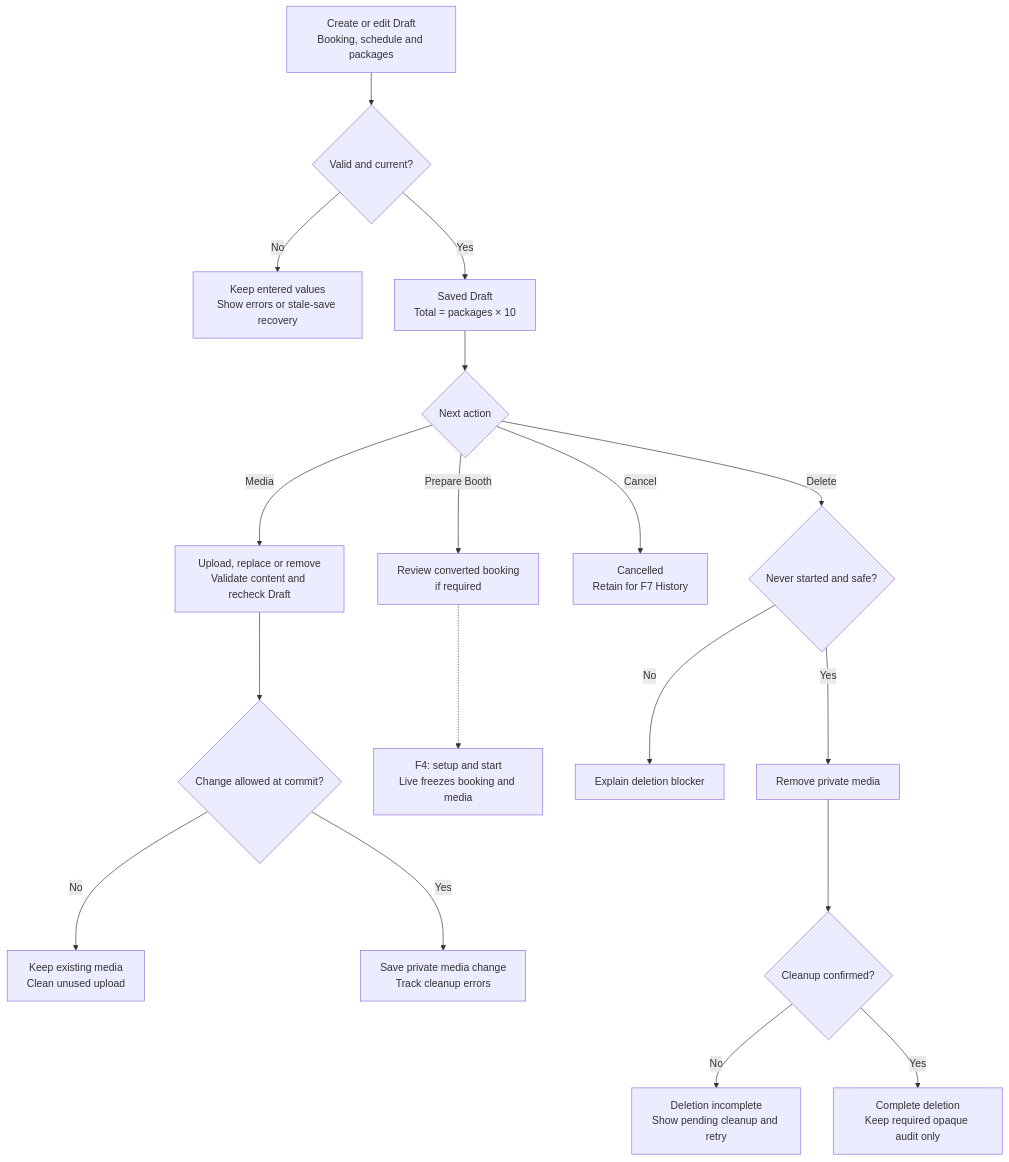
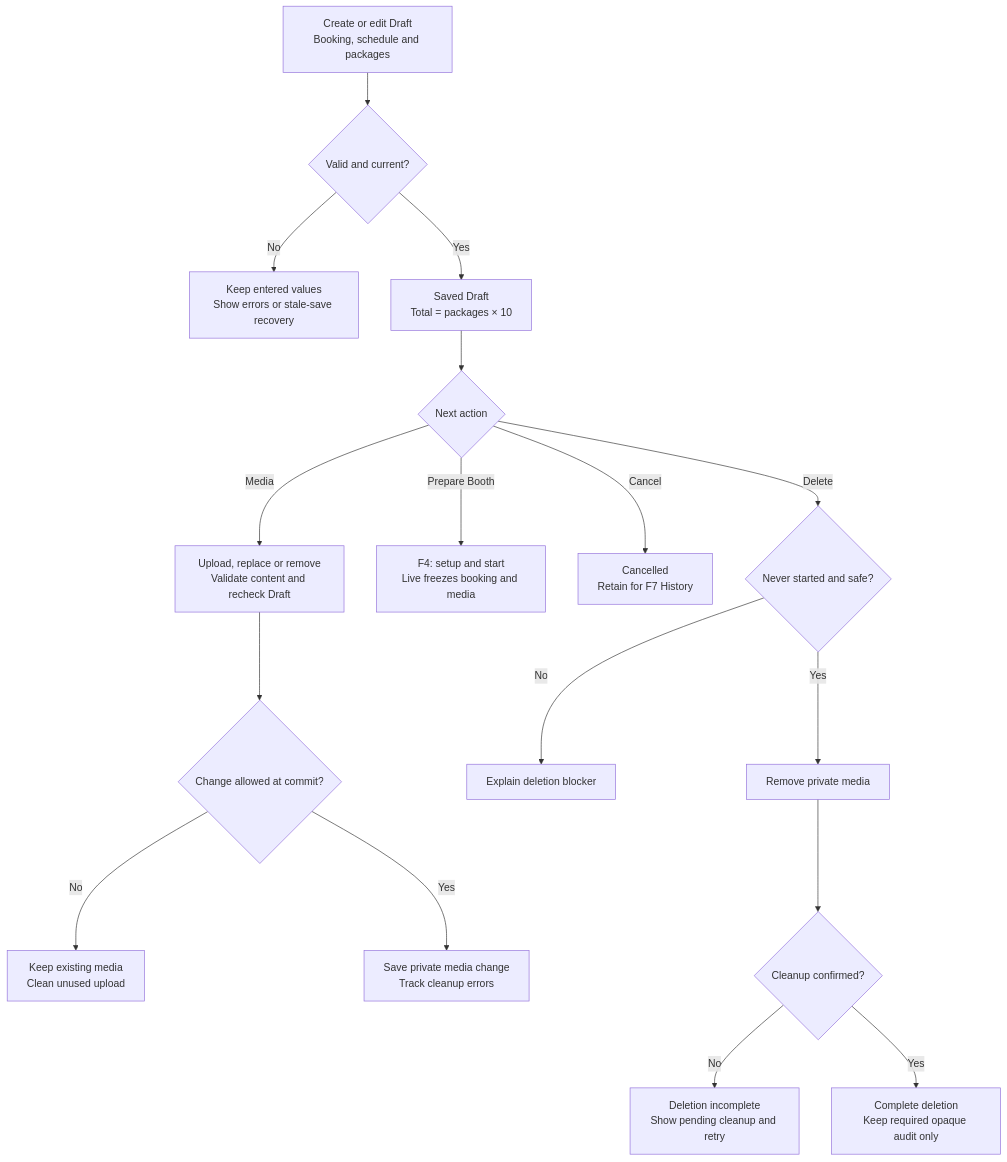
One commit to noelorph/diy-instax-photobooth changed the third of 10 diagrams in docs/diagrams/issue-10-functional-breakdown.md. Above: the diagram before and after it, drawn with Mermaid. The commit also changed other lines of this file and 104 other files, not shown here.

````diff
--- a/docs/diagrams/issue-10-functional-breakdown.md
+++ b/docs/diagrams/issue-10-functional-breakdown.md
@@ -63,20 +59,19 @@
 ```mermaid
 flowchart TD
   EDIT["Create or edit Draft<br/>Booking, schedule and packages"] --> VALID{"Valid and current?"}
   VALID -->|No| FIX["Keep entered values<br/>Show errors or stale-save recovery"]
   VALID -->|Yes| DRAFT["Saved Draft<br/>Total = packages × 10"]
   DRAFT --> ACTION{"Next action"}
   ACTION -->|Media| MEDIA["Upload, replace or remove<br/>Validate content and recheck Draft"]
   MEDIA --> CURRENT{"Change allowed at commit?"}
   CURRENT -->|No| KEEP["Keep existing media<br/>Clean unused upload"]
   CURRENT -->|Yes| SAVE["Save private media change<br/>Track cleanup errors"]
-  ACTION -->|Prepare Booth| REVIEW["Review converted booking<br/>if required"]
-  REVIEW -.-> SETUP["F4: setup and start<br/>Live freezes booking and media"]
+  ACTION -->|Prepare Booth| SETUP["F4: setup and start<br/>Live freezes booking and media"]
   ACTION -->|Cancel| CANCEL["Cancelled<br/>Retain for F7 History"]
   ACTION -->|Delete| SAFE{"Never started and safe?"}
   SAFE -->|No| BLOCK["Explain deletion blocker"]
   SAFE -->|Yes| CLEAN["Remove private media"]
   CLEAN --> REMOVED{"Cleanup confirmed?"}
   REMOVED -->|No| PENDING["Deletion incomplete<br/>Show pending cleanup and retry"]
   REMOVED -->|Yes| DELETED["Complete deletion<br/>Keep required opaque audit only"]
 ```
````
